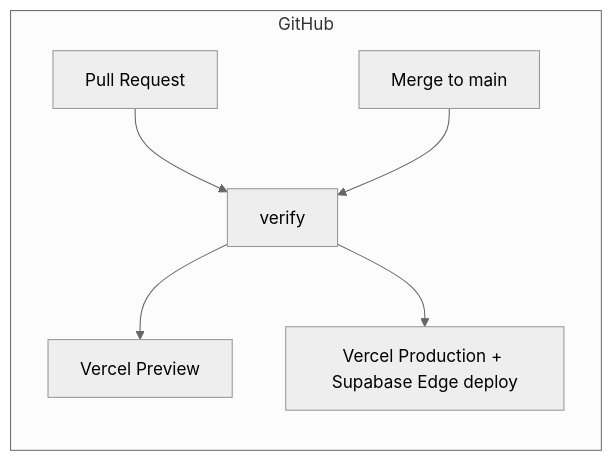
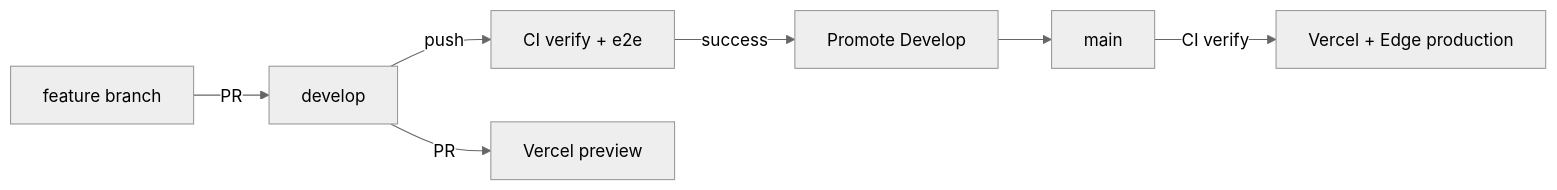
One commit to lcorbitt/cordial changed diagram 14 of 15 in ARCHITECTURE.md. Above: the diagram before and after it, drawn with Mermaid (neutral theme). The commit also changed other lines of this file and 3 other files, not shown here.

Commit message:
Gate deploy on verify

````diff
--- a/ARCHITECTURE.md
+++ b/ARCHITECTURE.md
@@ -995,9 +1002,9 @@
 ```mermaid
 flowchart LR
-    subgraph GitHub
-        PR[Pull Request] --> VERIFY[verify]
-        MAIN[Merge to main] --> VERIFY
-        VERIFY --> PREVIEW[Vercel Preview]
-        VERIFY --> PROD[Vercel Production + Supabase Edge deploy]
-    end
+    FEAT[feature branch] -->|PR| DEV[develop]
+    DEV -->|push| CI[CI verify + e2e]
+    CI -->|success| PROMOTE[Promote Develop]
+    PROMOTE --> MAIN[main]
+    MAIN -->|CI verify| PROD[Vercel + Edge production]
+    DEV -->|PR| PREVIEW[Vercel preview]
 ```
````
